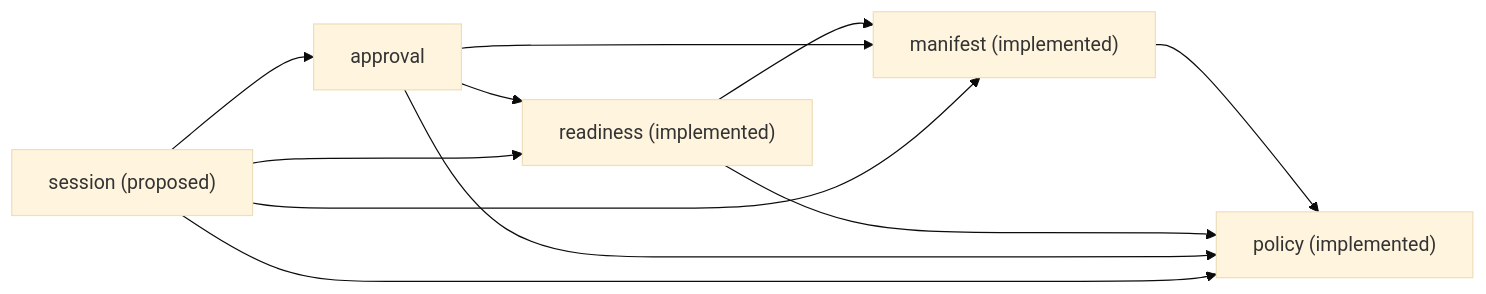
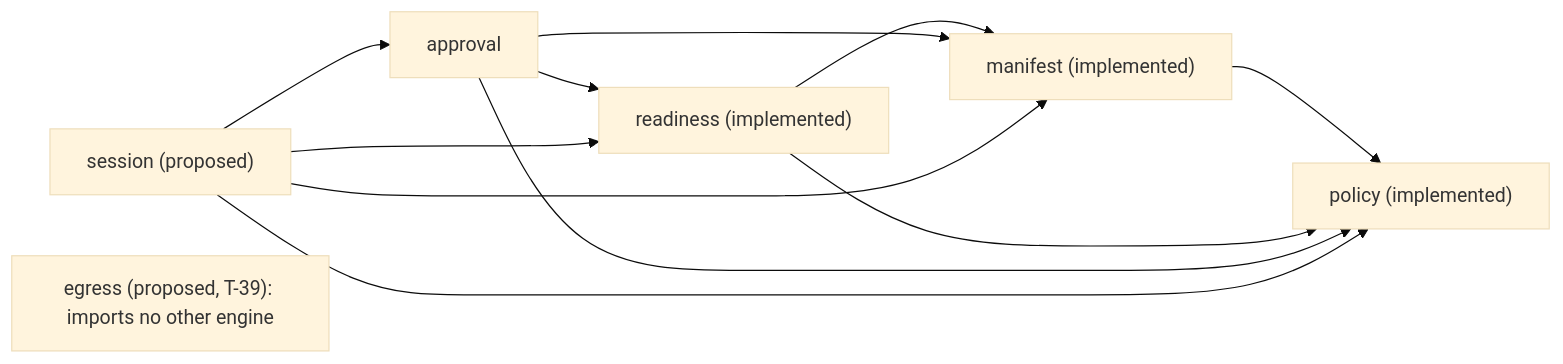
One commit to donvargax/itos-container changed the second of 2 diagrams in docs/architecture/arc42.md. Above: the diagram before and after it, drawn with Mermaid (base theme). The commit also changed other lines of this file and 1 other file, not shown here.

````diff
--- a/docs/architecture/arc42.md
+++ b/docs/architecture/arc42.md
@@ -242,13 +260,14 @@
 ```mermaid
 flowchart LR
     manifest["manifest (implemented)"] --> policy["policy (implemented)"]
     readiness["readiness (implemented)"] --> policy
     readiness --> manifest
     approval["approval"] --> policy
     approval --> manifest
     approval --> readiness
     session["session (proposed)"] --> policy
     session --> manifest
     session --> readiness
     session --> approval
+    egress["egress (proposed, T-39): imports no other engine"]
 ```
````
